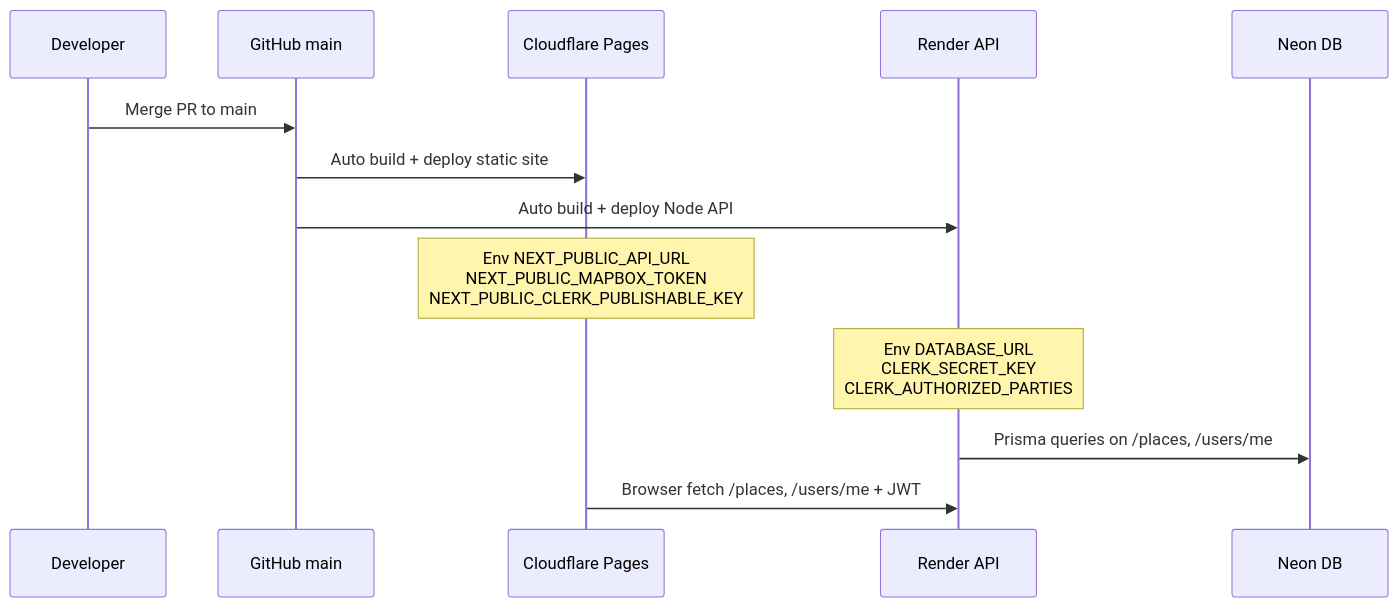
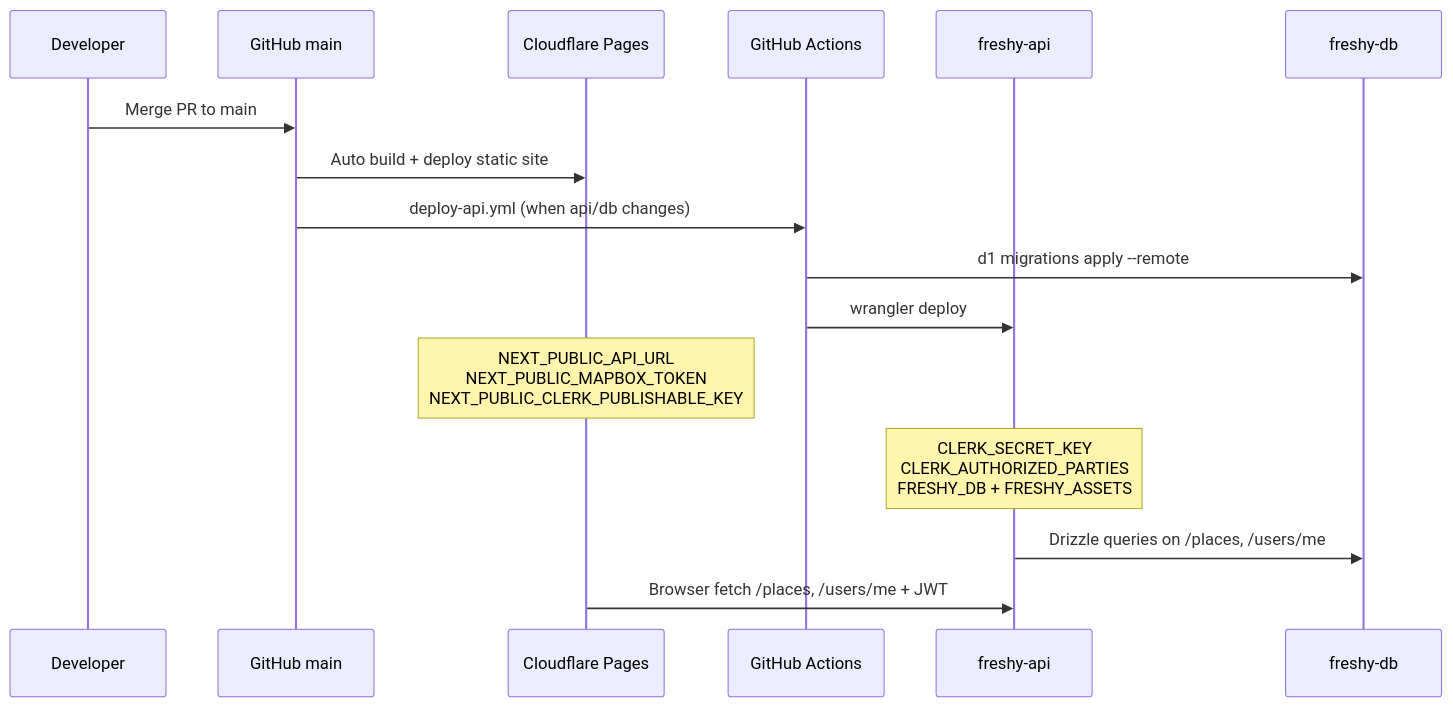
Before and after one commit to alexandrelheinen/freshy: the second of 2 diagrams in docs/platforms.md, drawn with Mermaid. The commit also changed other lines of this file and 36 other files, not shown here.

````diff
--- a/docs/platforms.md
+++ b/docs/platforms.md
@@ -282,16 +319,19 @@
 ```mermaid
 sequenceDiagram
     participant Dev as Developer
     participant GH as GitHub main
     participant Pages as Cloudflare Pages
-    participant Render as Render API
-    participant Neon as Neon DB
+    participant GHA as GitHub Actions
+    participant Worker as freshy-api
+    participant D1 as freshy-db
 
     Dev->>GH: Merge PR to main
     GH->>Pages: Auto build + deploy static site
-    GH->>Render: Auto build + deploy Node API
-    Note over Pages: Env NEXT_PUBLIC_API_URL<br/>NEXT_PUBLIC_MAPBOX_TOKEN<br/>NEXT_PUBLIC_CLERK_PUBLISHABLE_KEY
-    Note over Render: Env DATABASE_URL<br/>CLERK_SECRET_KEY<br/>CLERK_AUTHORIZED_PARTIES
-    Render->>Neon: Prisma queries on /places, /users/me
-    Pages->>Render: Browser fetch /places, /users/me + JWT
+    GH->>GHA: deploy-api.yml (when api/db changes)
+    GHA->>D1: d1 migrations apply --remote
+    GHA->>Worker: wrangler deploy
+    Note over Pages: NEXT_PUBLIC_API_URL<br/>NEXT_PUBLIC_MAPBOX_TOKEN<br/>NEXT_PUBLIC_CLERK_PUBLISHABLE_KEY
+    Note over Worker: CLERK_SECRET_KEY<br/>CLERK_AUTHORIZED_PARTIES<br/>FRESHY_DB + FRESHY_ASSETS
+    Worker->>D1: Drizzle queries on /places, /users/me
+    Pages->>Worker: Browser fetch /places, /users/me + JWT
 ```
````
